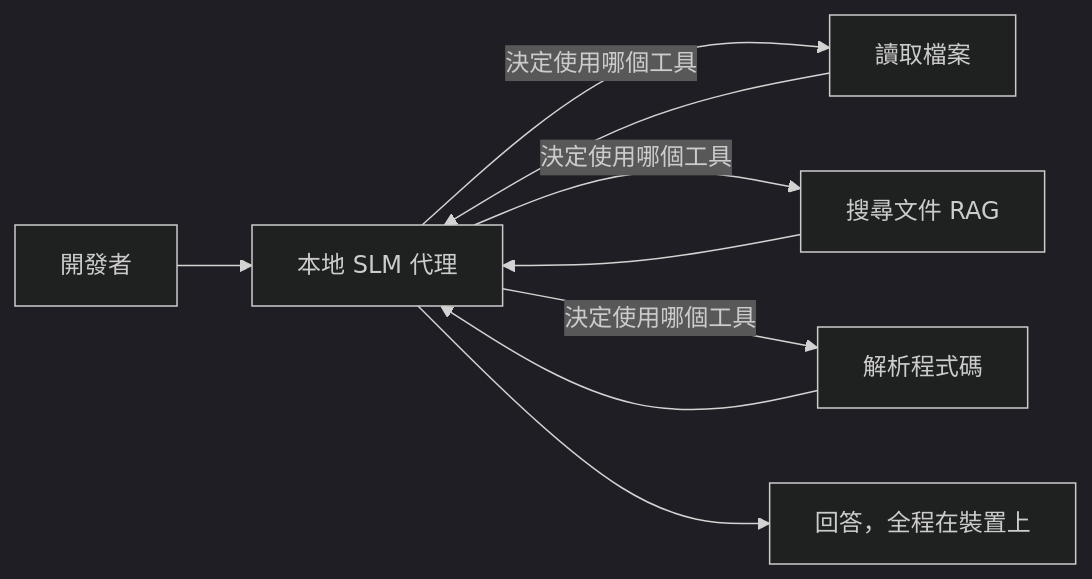
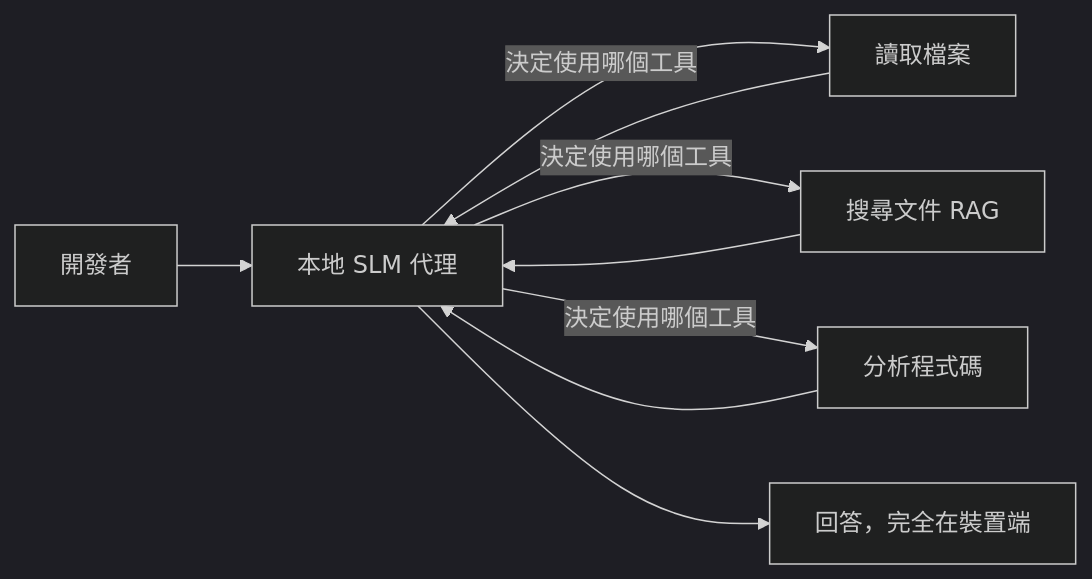
One commit to gabrielmoreira/agent-skills-mirror changed the first of 4 diagrams in mirrors/repos/microsoft@ai-agents-for-beginners/translations/zh-TW/17-creating-local-ai-agents/README.md. Above: the diagram before and after it, drawn with Mermaid (dark theme). The commit also changed other lines of this file and 4262 other files, not shown here.

````diff
--- a/mirrors/repos/microsoft@ai-agents-for-beginners/translations/zh-TW/17-creating-local-ai-agents/README.md
+++ b/mirrors/repos/microsoft@ai-agents-for-beginners/translations/zh-TW/17-creating-local-ai-agents/README.md
@@ -66,11 +66,11 @@
 ```mermaid
 flowchart LR
     U[開發者] --> A[本地 SLM 代理]
     A -->|決定使用哪個工具| T1[讀取檔案]
     A -->|決定使用哪個工具| T2[搜尋文件 RAG]
-    A -->|決定使用哪個工具| T3[解析程式碼]
+    A -->|決定使用哪個工具| T3[分析程式碼]
     T1 --> A
     T2 --> A
     T3 --> A
-    A --> R[回答，全程在裝置上]
+    A --> R[回答，完全在裝置端]
 ```
````
